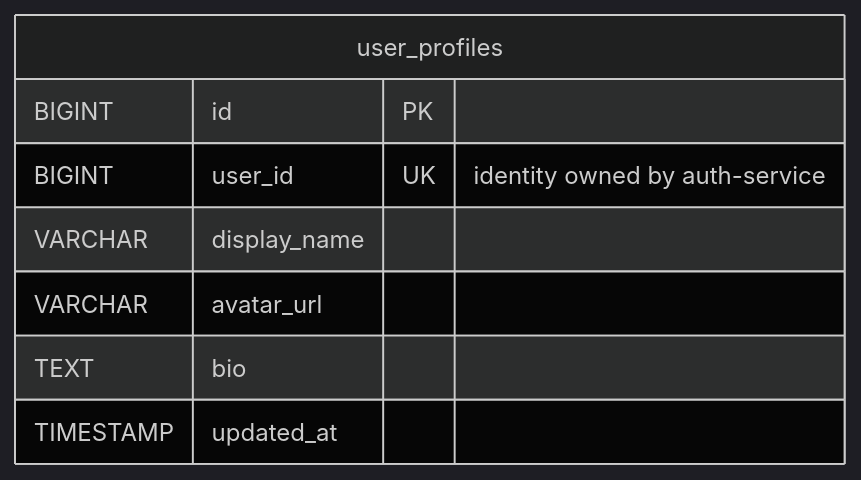
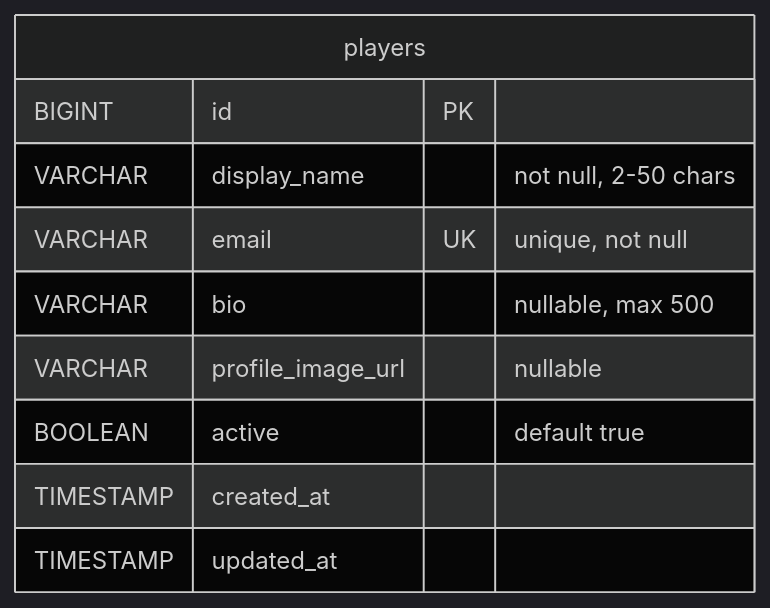
Before and after one commit to Prutwi17/real-time-leaderboard: the third of 5 diagrams in SCHEMA.md, drawn with Mermaid (dark theme). The commit also changed other lines of this file and 33 other files, not shown here.

````diff
--- a/SCHEMA.md
+++ b/SCHEMA.md
@@ -90,11 +91,13 @@
 ```mermaid
 erDiagram
-    user_profiles {
+    players {
         BIGINT id PK
-        BIGINT user_id UK "identity owned by auth-service"
-        VARCHAR display_name
-        VARCHAR avatar_url
-        TEXT bio
+        VARCHAR display_name "not null, 2-50 chars"
+        VARCHAR email UK "unique, not null"
+        VARCHAR bio "nullable, max 500"
+        VARCHAR profile_image_url "nullable"
+        BOOLEAN active "default true"
+        TIMESTAMP created_at
         TIMESTAMP updated_at
     }
 ```
````
